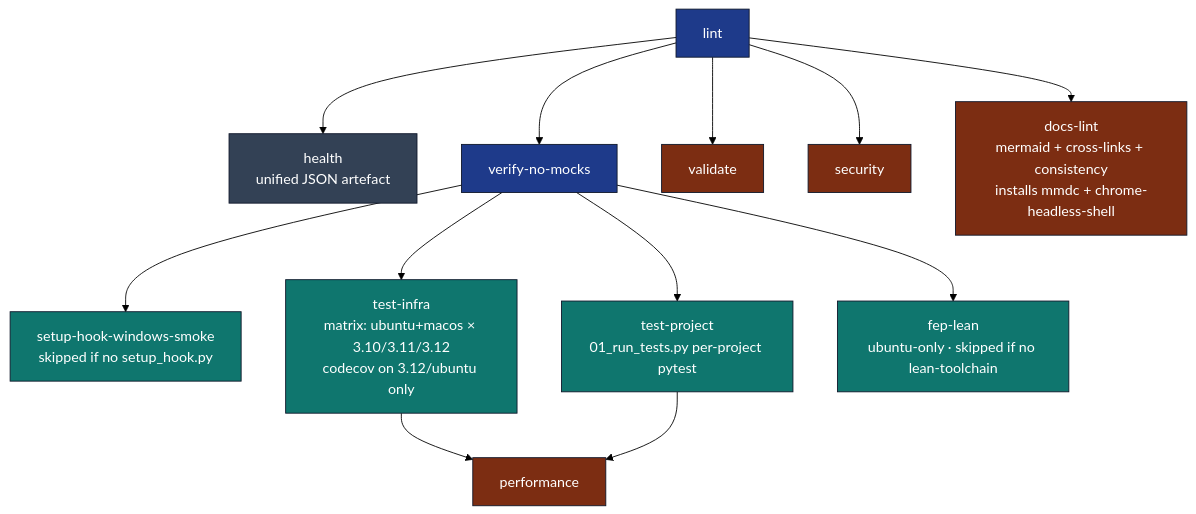
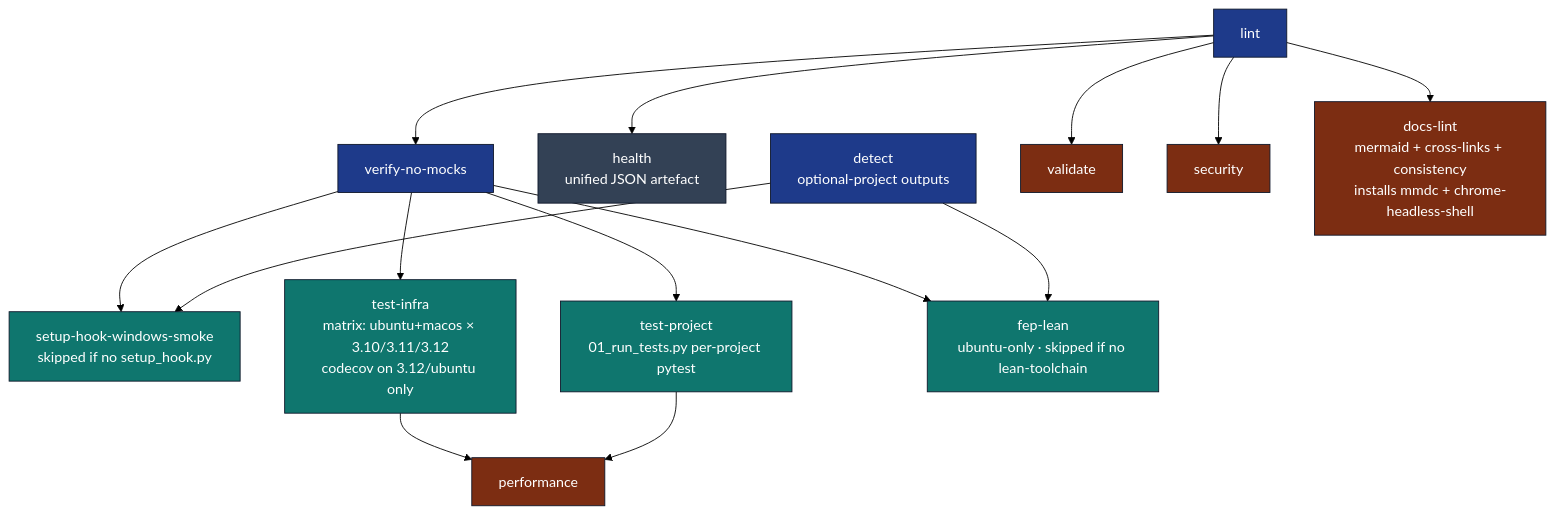
The second of 2 diagrams in .github/workflows/AGENTS.md (docxology/template), drawn with Mermaid (forest theme) before and after one commit. The commit also changed other lines of this file and 249 other files, not shown here.

````diff
--- a/.github/workflows/AGENTS.md
+++ b/.github/workflows/AGENTS.md
@@ -44,23 +44,26 @@
 ```mermaid
 flowchart TB
+    DET[detect<br/>optional-project outputs]
     LINT[lint] --> HEALTH[health<br/>unified JSON artefact]
     LINT --> VNM[verify-no-mocks]
     LINT --> VAL[validate]
     LINT --> SEC[security]
     LINT --> DL[docs-lint<br/>mermaid + cross-links + consistency<br/>installs mmdc + chrome-headless-shell]
     VNM --> SHW[setup-hook-windows-smoke<br/>skipped if no setup_hook.py]
     VNM --> TI[test-infra<br/>matrix: ubuntu+macos × 3.10/3.11/3.12<br/>codecov on 3.12/ubuntu only]
     VNM --> TP[test-project<br/>01_run_tests.py per-project pytest]
     VNM --> FL[fep-lean<br/>ubuntu-only · skipped if no lean-toolchain]
+    DET --> SHW
+    DET --> FL
     TI --> PERF[performance]
     TP --> PERF
 
     classDef gate fill:#1e3a8a,stroke:#0f172a,color:#fff
     classDef matrix fill:#0f766e,stroke:#0f172a,color:#fff
     classDef terminal fill:#7c2d12,stroke:#0f172a,color:#fff
     classDef info fill:#334155,stroke:#0f172a,color:#fff
-    class LINT,VNM gate
+    class DET,LINT,VNM gate
     class TI,TP,FL,SHW matrix
     class VAL,SEC,DL,PERF terminal
     class HEALTH info
 ```
````
